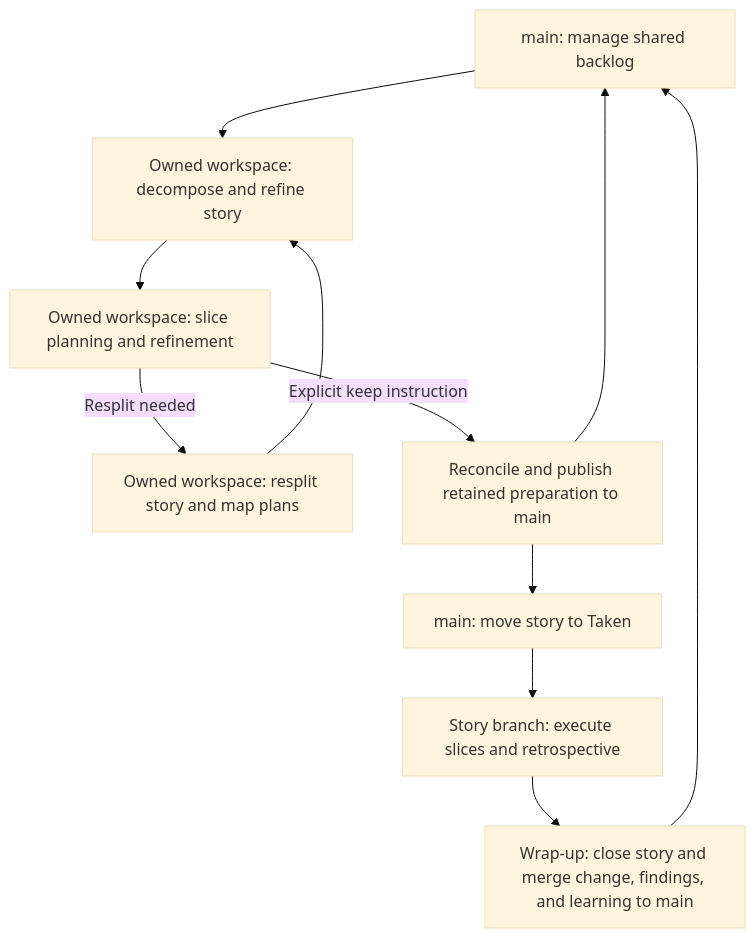
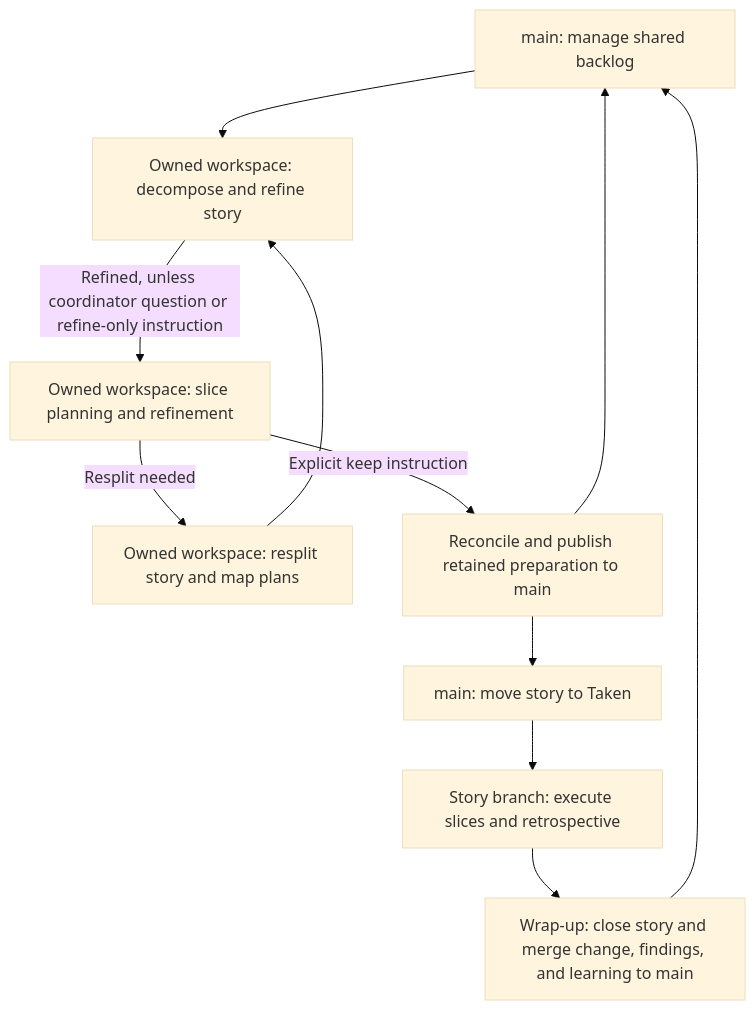
Before and after one commit to terryyin/open-dough: the diagram in docs/adrs/0007-software-development-lifecycles.md, drawn with Mermaid (base theme). The commit also changed other lines of this file and 1 other file, not shown here.

First line of the commit message:
Describe the refinement-to-planning journey in ADR 0007

````diff
--- a/docs/adrs/0007-software-development-lifecycles.md
+++ b/docs/adrs/0007-software-development-lifecycles.md
@@ -82,14 +86,14 @@
 ```mermaid
 flowchart TD
     A["main: manage shared backlog"] --> B["Owned workspace: decompose and refine story"]
-    B --> P["Owned workspace: slice planning and refinement"]
+    B -->|Refined, unless coordinator question or refine-only instruction| P["Owned workspace: slice planning and refinement"]
     P -->|Resplit needed| R["Owned workspace: resplit story and map plans"]
     R --> B
     P -->|Explicit keep instruction| K["Reconcile and publish retained preparation to main"]
     K --> A
     K --> C["main: move story to Taken"]
     C --> D["Story branch: execute slices and retrospective"]
     D --> I["Wrap-up: close story and merge change, findings, and learning to main"]
     I --> A
 
 ```
````
